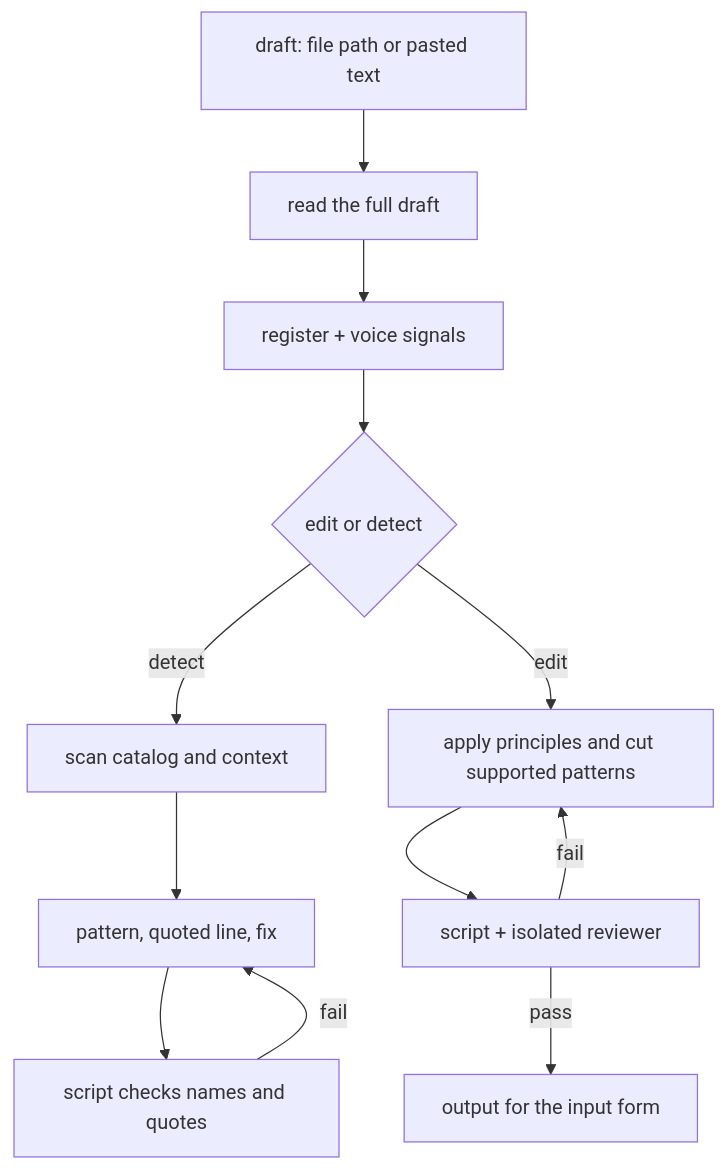
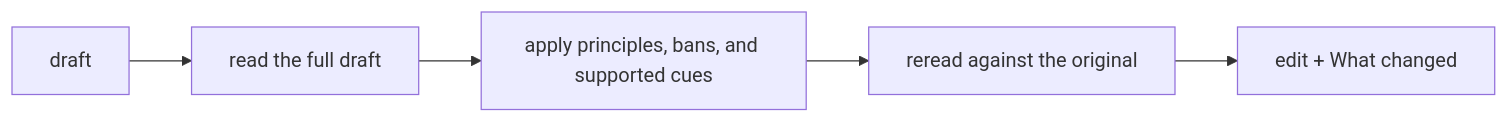
Before and after one commit to adeonir/agent-skills: the diagram in skills/productivity/anti-slop/README.md, drawn with Mermaid. The commit also changed other lines of this file and 9 other files, not shown here.

Commit message:
feat(anti-slop): replace modes and checks with one edit and a change report

````diff
--- a/skills/productivity/anti-slop/README.md
+++ b/skills/productivity/anti-slop/README.md
@@ -7,14 +7,7 @@
 ```mermaid
-flowchart TD
-    IN[draft: file path or pasted text] --> READ[read the full draft]
-    READ --> VOICE[register + voice signals]
-    VOICE --> MODE{edit or detect}
-    MODE -->|detect| SCAN[scan catalog and context]
-    SCAN --> REPORT[pattern, quoted line, fix]
-    REPORT --> RCHECK[script checks names and quotes]
-    RCHECK -->|fail| REPORT
-    MODE -->|edit| CUT[apply principles and cut supported patterns]
-    CUT --> CHECK[script + isolated reviewer]
-    CHECK -->|fail| CUT
-    CHECK -->|pass| OUT[output for the input form]
+flowchart LR
+    IN[draft] --> READ[read the full draft]
+    READ --> CUT[apply principles, bans, and supported cues]
+    CUT --> COMPARE[reread against the original]
+    COMPARE --> OUT[edit + What changed]
 ```
````
